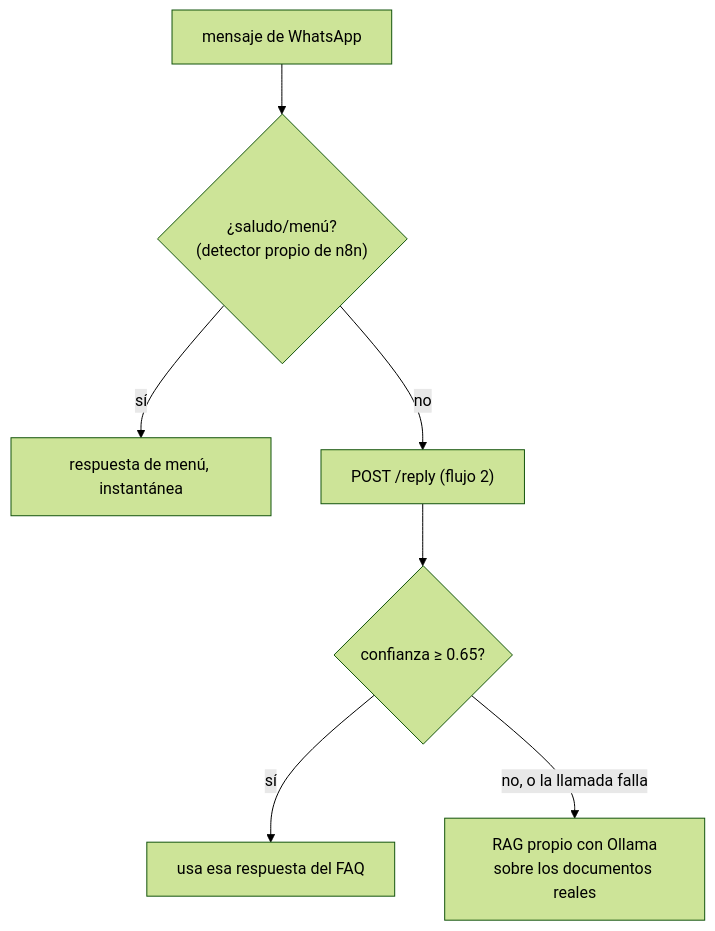
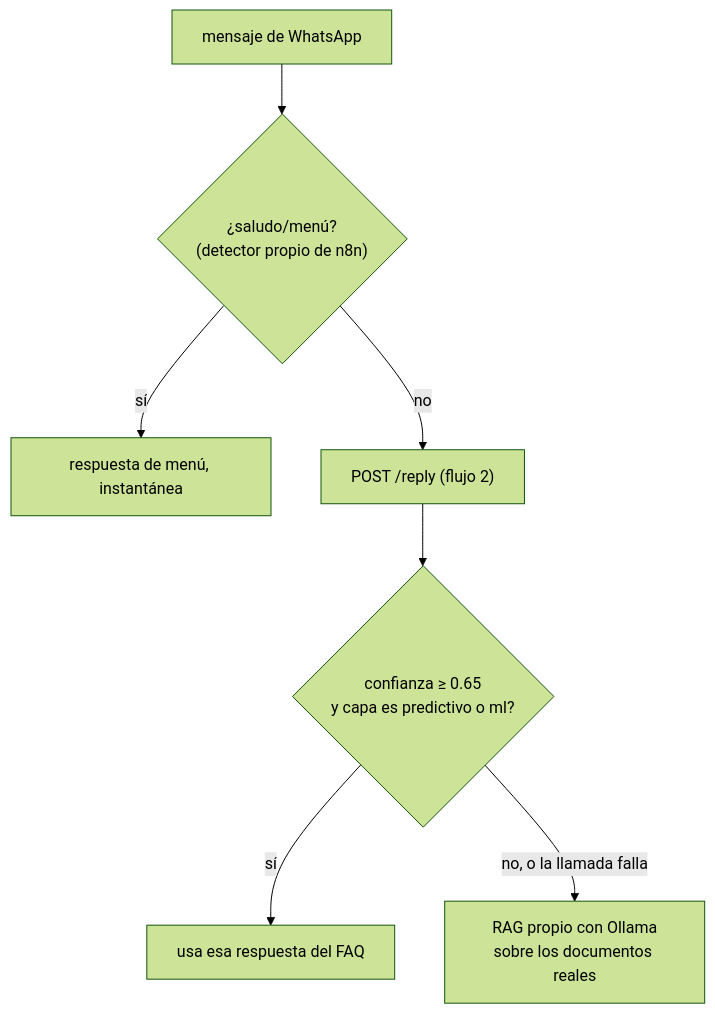
One commit to hdvergara/prebel-conecta changed the second of 2 diagrams in FLUJOS.md. Above: the diagram before and after it, drawn with Mermaid (forest theme). The commit also changed other lines of this file and 6 other files, not shown here.

First line of the commit message:
Cerebro: el Nivel 1 exige capa predictivo o ml (B1, RA-15, RA-34)

````diff
--- a/FLUJOS.md
+++ b/FLUJOS.md
@@ -147,9 +148,9 @@
 ```mermaid
 flowchart TD
     N0["mensaje de WhatsApp"] --> N1{"¿saludo/menú?<br>(detector propio de n8n)"}
     N1 -->|sí| N2["respuesta de menú, instantánea"]
     N1 -->|no| N3["POST /reply (flujo 2)"]
-    N3 --> N4{"confianza ≥ 0.65?"}
+    N3 --> N4{"confianza ≥ 0.65<br>y capa es predictivo o ml?"}
     N4 -->|sí| N5["usa esa respuesta del FAQ"]
     N4 -->|no, o la llamada falla| N6["RAG propio con Ollama<br>sobre los documentos reales"]
 ```
````
